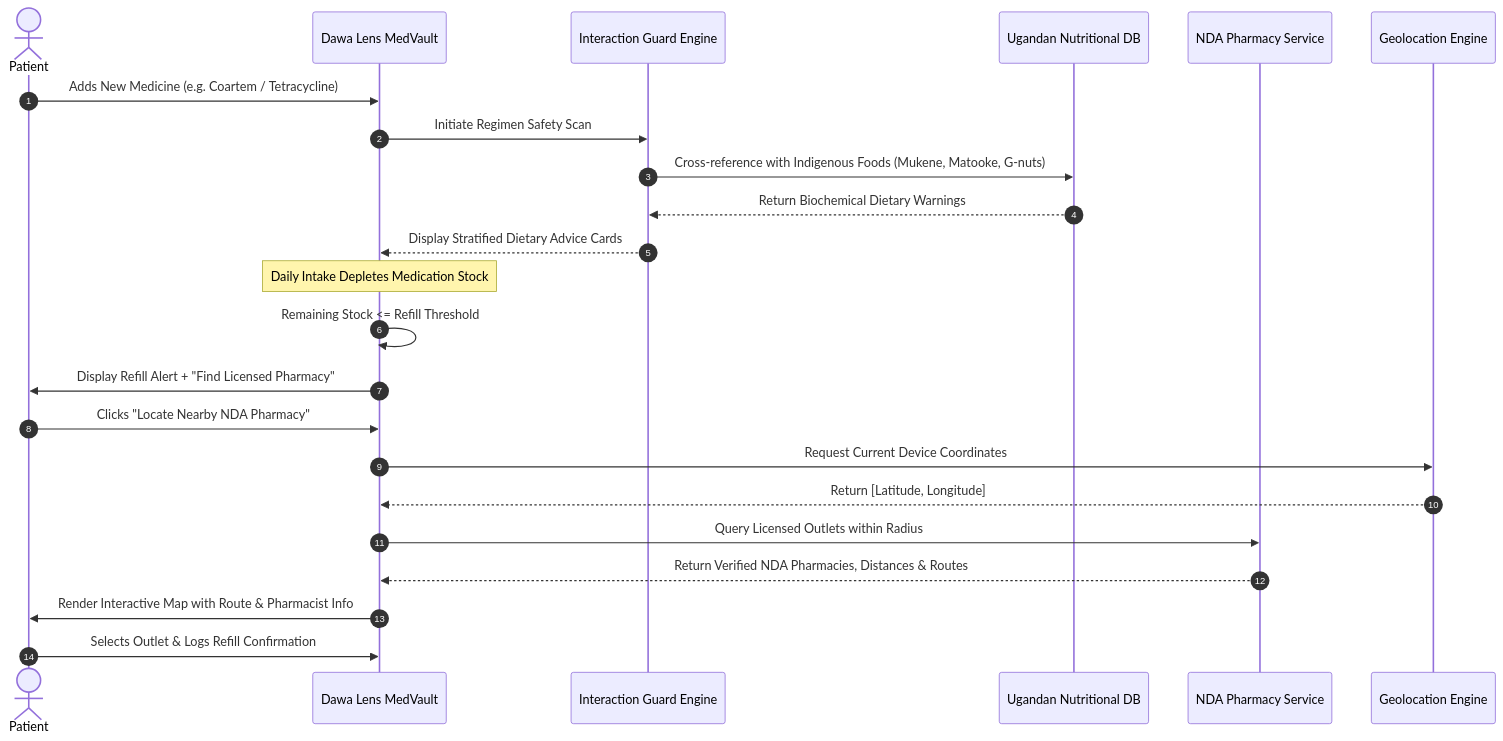
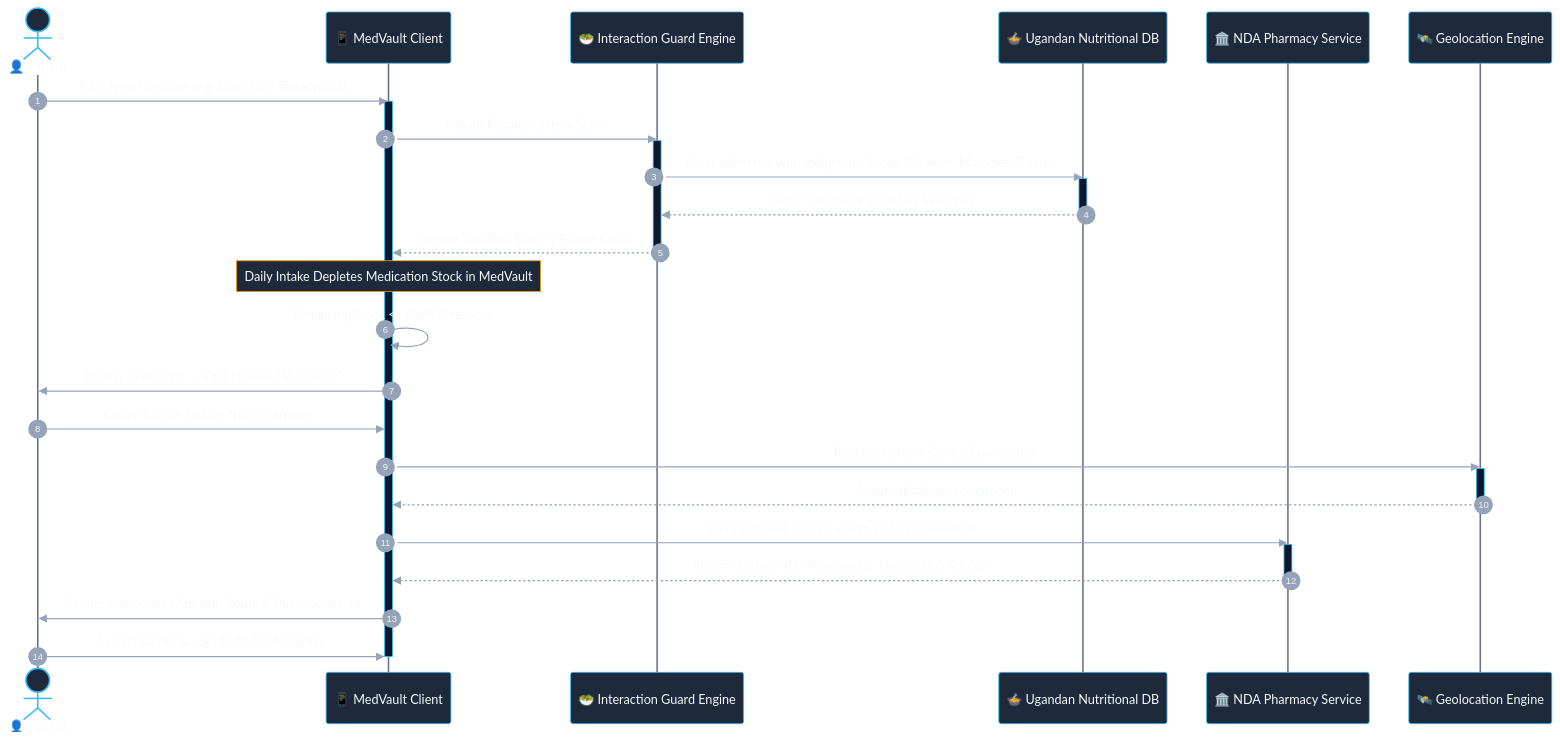
The sixth of 10 diagrams in project_proposal.md (EmmahOwens/dawa-lens), drawn with Mermaid before and after one commit. The commit also changed other lines of this file and 40 other files, not shown here.

Commit message:
docs: update system architecture diagram to mermaid and add archify documentation and reports

````diff
--- a/project_proposal.md
+++ b/project_proposal.md
@@ -481,28 +654,58 @@
 ```mermaid
+%%{init: {
+  'theme': 'base',
+  'themeVariables': {
+    'actorBkg': '#1e293b',
+    'actorBorder': '#38bdf8',
+    'actorTextColor': '#f8fafc',
+    'actorLineColor': '#64748b',
+    'signalColor': '#94a3b8',
+    'signalTextColor': '#f8fafc',
+    'labelBoxBkgColor': '#0f172a',
+    'labelBoxBorderColor': '#334155',
+    'labelTextColor': '#f8fafc',
+    'noteBorderColor': '#f59e0b',
+    'noteBkgColor': '#1e293b',
+    'noteTextColor': '#f8fafc',
+    'activationBorderColor': '#38bdf8',
+    'activationBkgColor': '#0f172a',
+    'fontFamily': 'Geist, Inter, system-ui, sans-serif'
+  }
+}}%%
 sequenceDiagram
     autonumber
-    actor User as Patient
-    participant App as Dawa Lens MedVault
-    participant Guard as Interaction Guard Engine
-    participant FoodDB as Ugandan Nutritional DB
-    participant NDAService as NDA Pharmacy Service
-    participant GPS as Geolocation Engine
+    actor User as 👤 Patient
+    participant App as 📱 MedVault Client
+    participant Guard as 🥗 Interaction Guard Engine
+    participant FoodDB as 🍲 Ugandan Nutritional DB
+    participant NDAService as 🏛️ NDA Pharmacy Service
+    participant GPS as 🛰️ Geolocation Engine
 
     User->>App: Adds New Medicine (e.g. Coartem / Tetracycline)
+    activate App
     App->>Guard: Initiate Regimen Safety Scan
+    activate Guard
     Guard->>FoodDB: Cross-reference with Indigenous Foods (Mukene, Matooke, G-nuts)
+    activate FoodDB
     FoodDB-->>Guard: Return Biochemical Dietary Warnings
+    deactivate FoodDB
     Guard-->>App: Display Stratified Dietary Advice Cards
+    deactivate Guard
     
-    Note over App: Daily Intake Depletes Medication Stock
+    Note over App: Daily Intake Depletes Medication Stock in MedVault
     App->>App: Remaining Stock <= Refill Threshold
     App->>User: Display Refill Alert + "Find Licensed Pharmacy"
     
     User->>App: Clicks "Locate Nearby NDA Pharmacy"
     App->>GPS: Request Current Device Coordinates
+    activate GPS
     GPS-->>App: Return [Latitude, Longitude]
-    App->>NDAService: Query Licensed Outlets within Radius
+    deactivate GPS
+    App->>NDAService: Query Licensed Outlets within Radius (Haversine)
+    activate NDAService
     NDAService-->>App: Return Verified NDA Pharmacies, Distances & Routes
+    deactivate NDAService
     App->>User: Render Interactive Map with Route & Pharmacist Info
     User->>App: Selects Outlet & Logs Refill Confirmation
+    deactivate App
 ```
````
